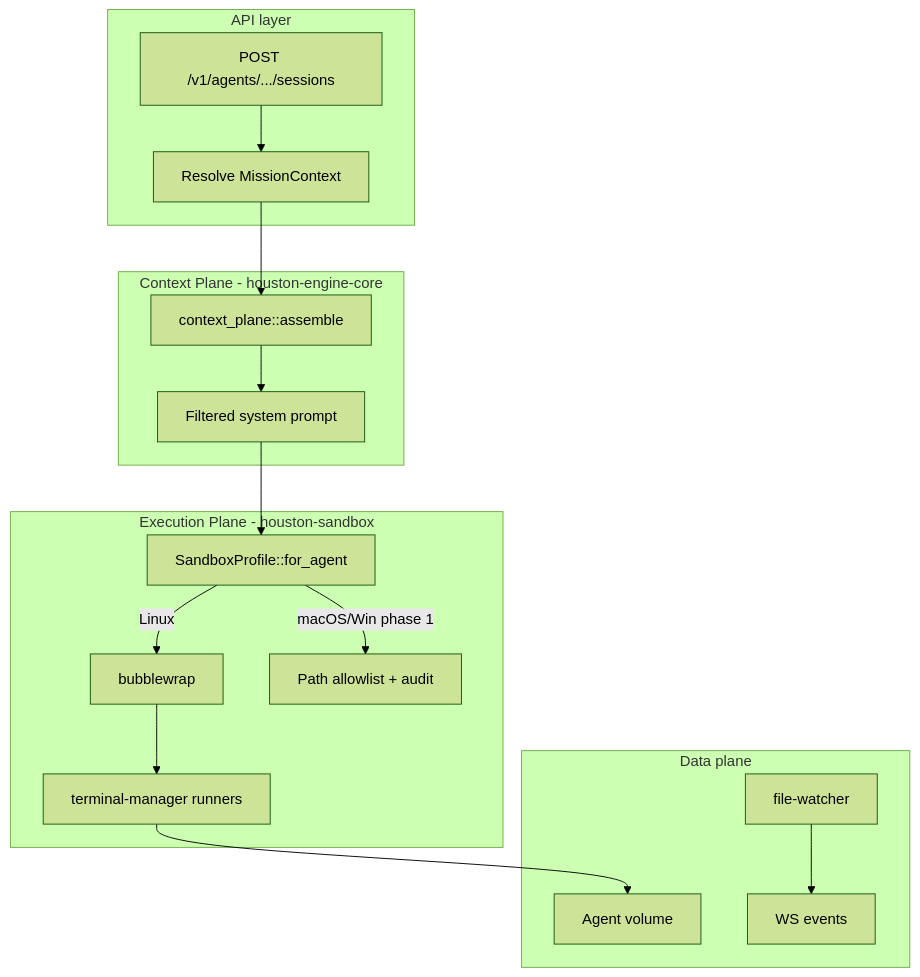
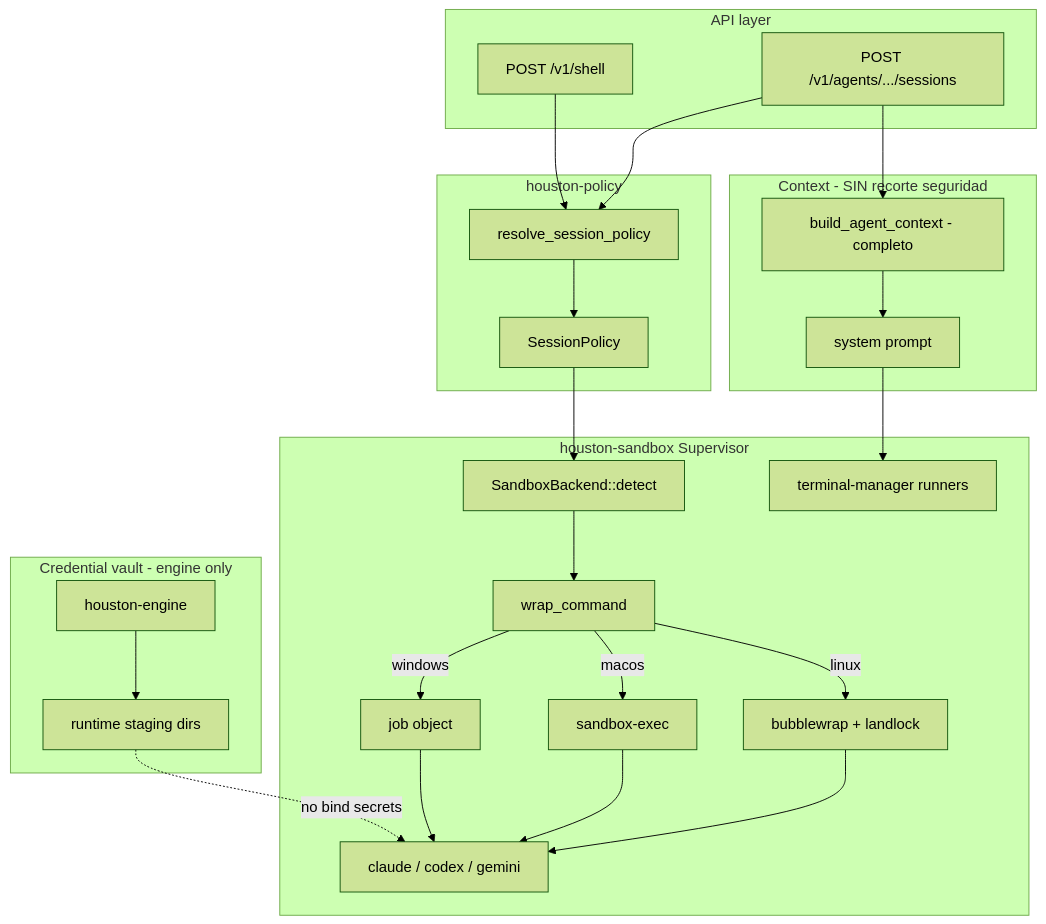
The fifth of 5 diagrams in docs/hackathon-agent-orchestration.md (sebastianvelace/houston), drawn with Mermaid (forest theme) before and after one commit. The commit also changed other lines of this file, not shown here.

````diff
--- a/docs/hackathon-agent-orchestration.md
+++ b/docs/hackathon-agent-orchestration.md
@@ -523,24 +660,33 @@
 ```mermaid
 flowchart TB
     subgraph api [API layer]
         POST["POST /v1/agents/.../sessions"]
-        POST --> MC[Resolve MissionContext]
+        SHELL["POST /v1/shell"]
     end
 
-    subgraph context [Context Plane - houston-engine-core]
-        MC --> BLD[context_plane::assemble]
-        BLD --> PROM[Filtered system prompt]
+    subgraph policy [houston-policy]
+        POST --> RESOLVE[resolve_session_policy]
+        SHELL --> RESOLVE
+        RESOLVE --> POL[SessionPolicy]
     end
 
-    subgraph exec [Execution Plane - houston-sandbox]
-        PROM --> WRAP[SandboxProfile::for_agent]
-        WRAP -->|Linux| BWRAP[bubblewrap]
-        WRAP -->|macOS/Win phase 1| DEG[Path allowlist + audit]
-        BWRAP --> RUNNERS[terminal-manager runners]
+    subgraph prompt [Context - SIN recorte seguridad]
+        POST --> BLD[build_agent_context - completo]
+        BLD --> PROM[system prompt]
     end
 
-    subgraph data [Data plane]
-        RUNNERS --> AGENT_VOL[Agent volume]
-        WATCH[file-watcher] --> EVENTS[WS events]
+    subgraph exec [houston-sandbox Supervisor]
+        POL --> FACTORY[SandboxBackend::detect]
+        PROM --> RUNNERS[terminal-manager runners]
+        FACTORY --> WRAP[wrap_command]
+        WRAP -->|linux| BWRAP[bubblewrap + landlock]
+        WRAP -->|macos| SEAT[sandbox-exec]
+        WRAP -->|windows| WIN[job object]
+        BWRAP & SEAT & WIN --> CLI[claude / codex / gemini]
+    end
+
+    subgraph vault [Credential vault - engine only]
+        ENGINE[houston-engine] --> VAULT[runtime staging dirs]
+        VAULT -.->|no bind secrets| CLI
     end
 ```
````
